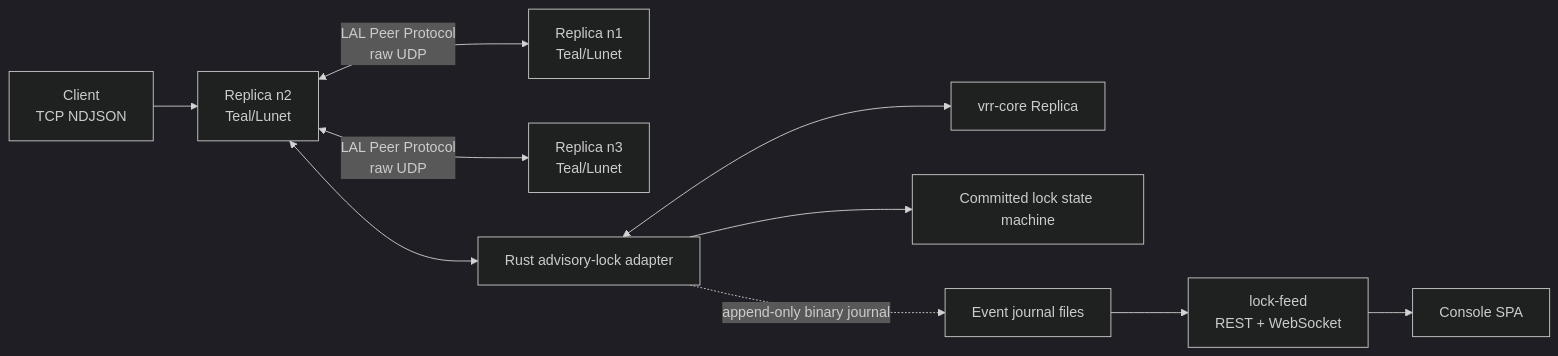
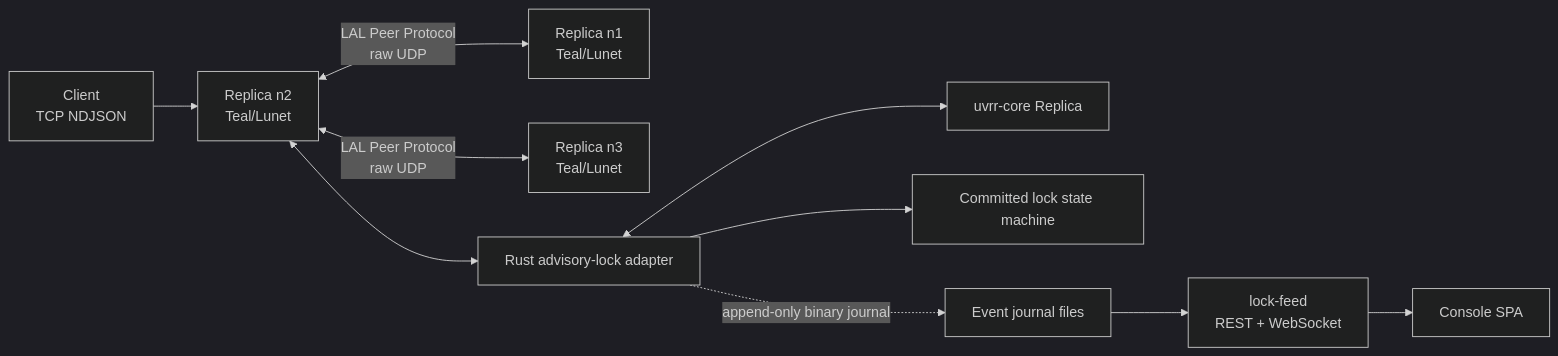
One commit to lua-lunet/lunet-locks changed the first of 3 diagrams in docs/src/architecture.md. Above: the diagram before and after it, drawn with Mermaid (dark theme). The commit also changed other lines of this file and 54 other files, not shown here.

````diff
--- a/docs/src/architecture.md
+++ b/docs/src/architecture.md
@@ -14,12 +14,12 @@
 ```mermaid
 flowchart LR
     C[Client\nTCP NDJSON] --> R1[Replica n2\nTeal/Lunet]
     R1 <-->|LAL Peer Protocol\nraw UDP| R2[Replica n1\nTeal/Lunet]
     R1 <-->|LAL Peer Protocol\nraw UDP| R3[Replica n3\nTeal/Lunet]
     R1 <--> A[Rust advisory-lock adapter]
-    A <--> V[vrr-core Replica]
+    A <--> V[uvrr-core Replica]
     A --> L[Committed lock state machine]
     A -.->|append-only binary journal| J[Event journal files]
     J --> LF[lock-feed\nREST + WebSocket]
     LF --> SPA[Console SPA]
 ```
````
